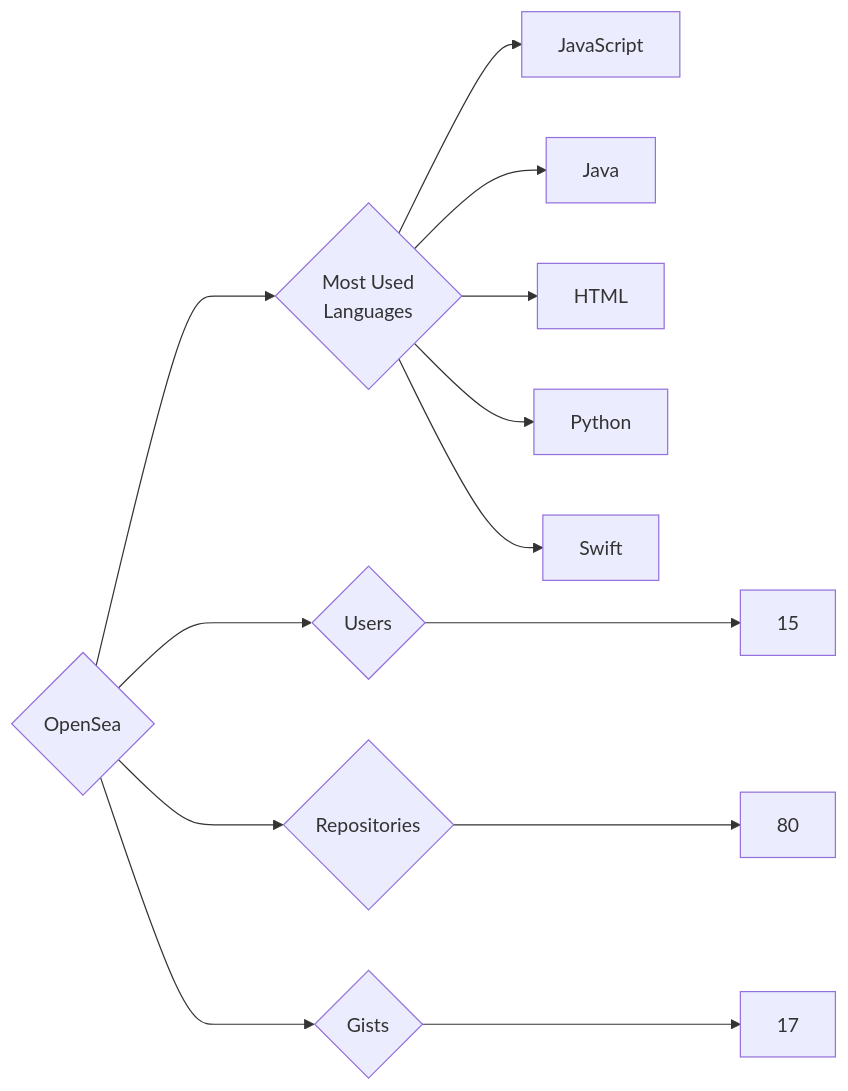
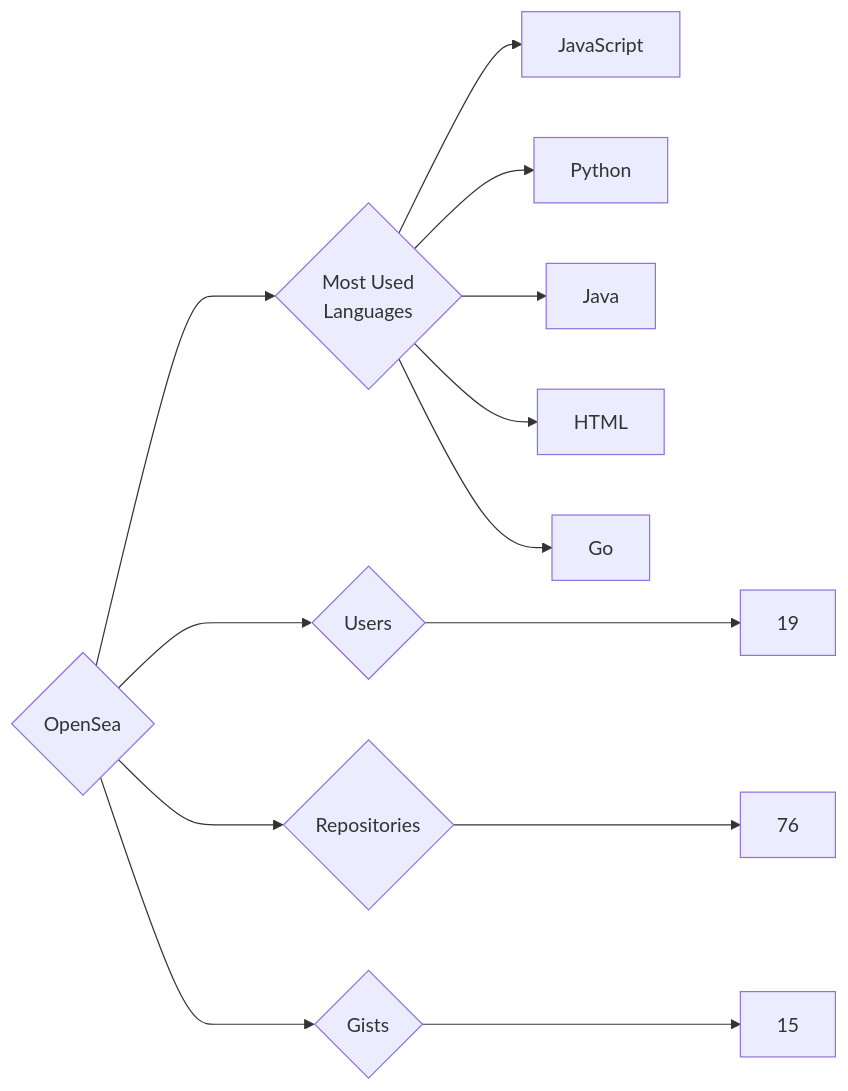
The diagram in targets/OpenSea/README.md (trickest/insiders), drawn with Mermaid before and after one commit. The commit also changed 1011 other files, not shown here.

````diff
--- a/targets/OpenSea/README.md
+++ b/targets/OpenSea/README.md
@@ -3,13 +3,13 @@
 ```mermaid
 graph LR
 COMPANY_NAME{OpenSea}
-COMPANY_NAME ---> U{Users} ---> UN[15]
-COMPANY_NAME ---> R{Repositories} ---> RN[80]
-COMPANY_NAME ---> G{Gists} ---> GN[17]
+COMPANY_NAME ---> U{Users} ---> UN[19]
+COMPANY_NAME ---> R{Repositories} ---> RN[76]
+COMPANY_NAME ---> G{Gists} ---> GN[15]
 COMPANY_NAME ---> ML{Most Used<br>Languages}
 ML --> JavaScript[JavaScript]
+ML --> Python[Python]
 ML --> Java[Java]
 ML --> HTML[HTML]
-ML --> Python[Python]
-ML --> Swift[Swift]
+ML --> Go[Go]
 ```
````
